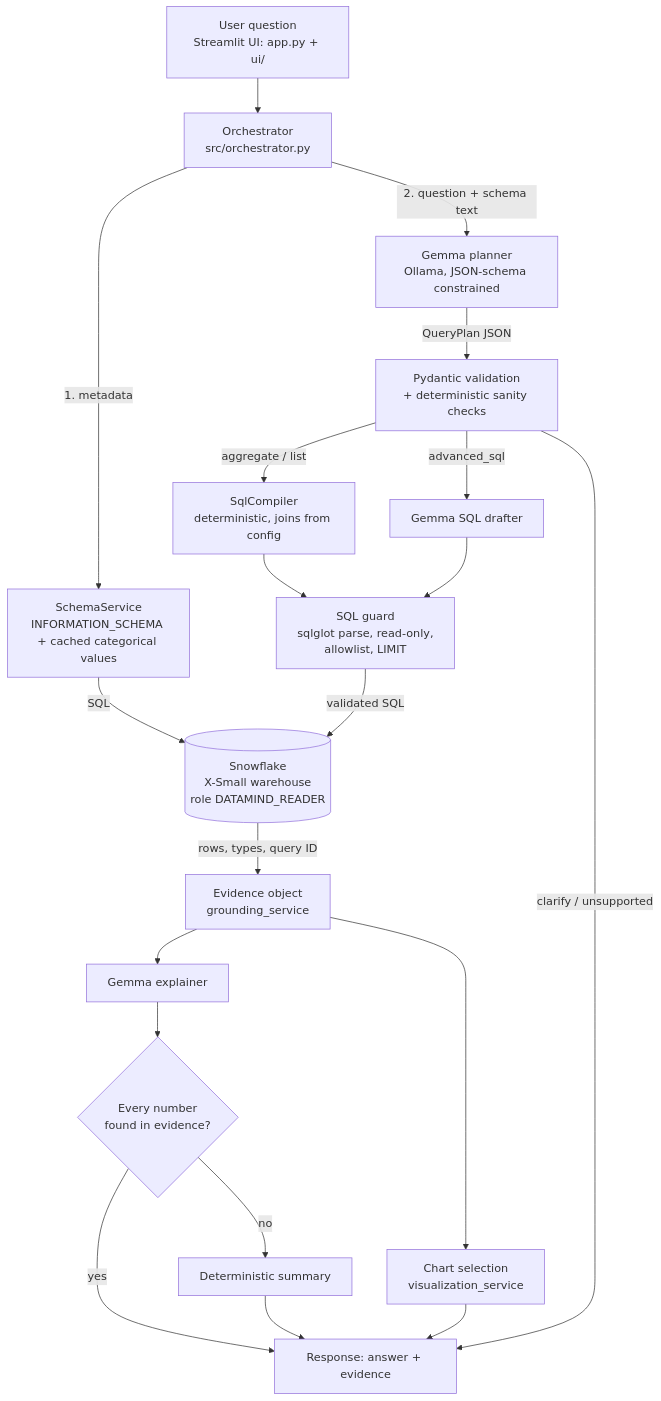
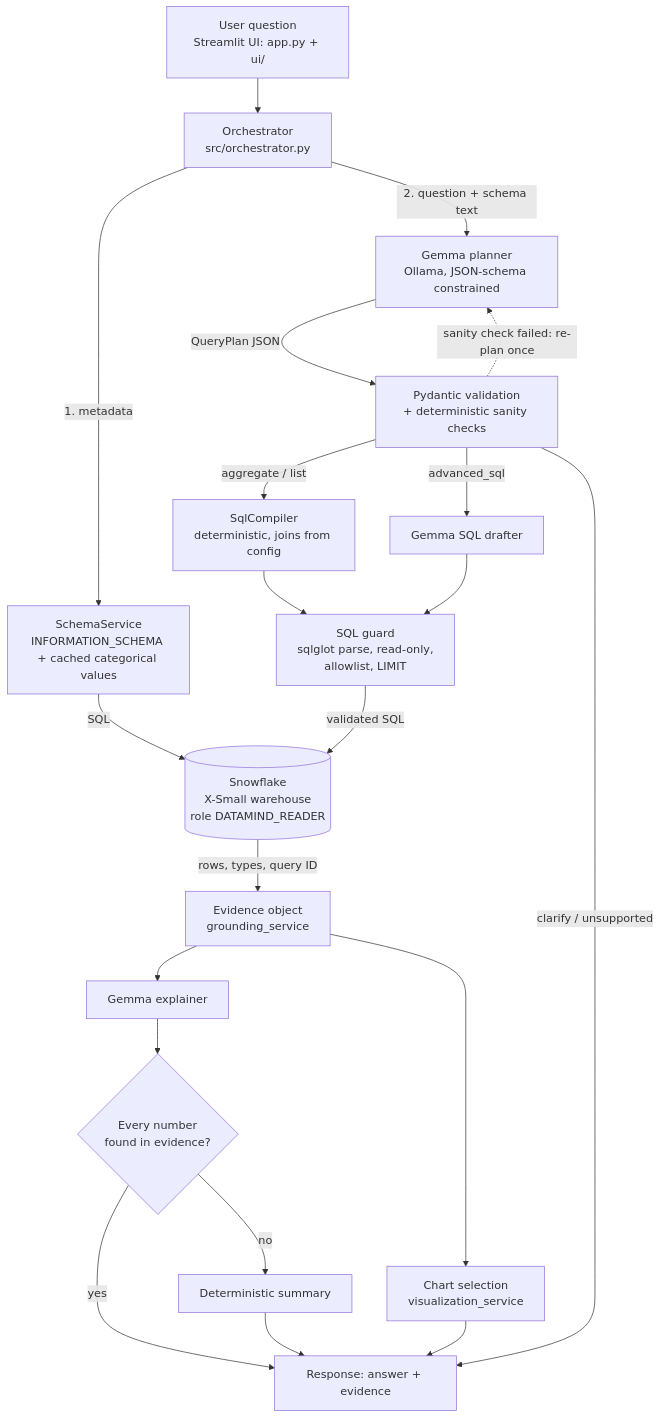
The second of 2 diagrams in docs/architecture.md (ZERODAY-2026/Ctrl-Z), drawn with Mermaid before and after one commit. The commit also changed other lines of this file and 1 other file, not shown here.

First line of the commit message:
Update README and architecture diagrams

````diff
--- a/docs/architecture.md
+++ b/docs/architecture.md
@@ -3,20 +32,21 @@
 ```mermaid
 flowchart TD
     U[User question<br/>Streamlit UI: app.py + ui/] --> O[Orchestrator<br/>src/orchestrator.py]
     O -->|1. metadata| S[SchemaService<br/>INFORMATION_SCHEMA + cached categorical values]
     S -->|SQL| SF[(Snowflake<br/>X-Small warehouse<br/>role DATAMIND_READER)]
     O -->|2. question + schema text| G1[Gemma planner<br/>Ollama, JSON-schema constrained]
     G1 -->|QueryPlan JSON| V[Pydantic validation<br/>+ deterministic sanity checks]
     V -->|aggregate / list| C[SqlCompiler<br/>deterministic, joins from config]
     V -->|advanced_sql| G2[Gemma SQL drafter]
+    V -.->|sanity check failed: re-plan once| G1
     V -->|clarify / unsupported| R
     C --> GU[SQL guard<br/>sqlglot parse, read-only,<br/>allowlist, LIMIT]
     G2 --> GU
     GU -->|validated SQL| SF
     SF -->|rows, types, query ID| E[Evidence object<br/>grounding_service]
     E --> G3[Gemma explainer]
     G3 --> N{Every number<br/>found in evidence?}
     N -->|yes| R[Response: answer + evidence]
     N -->|no| D[Deterministic summary] --> R
     E --> VZ[Chart selection<br/>visualization_service] --> R
 ```
````
